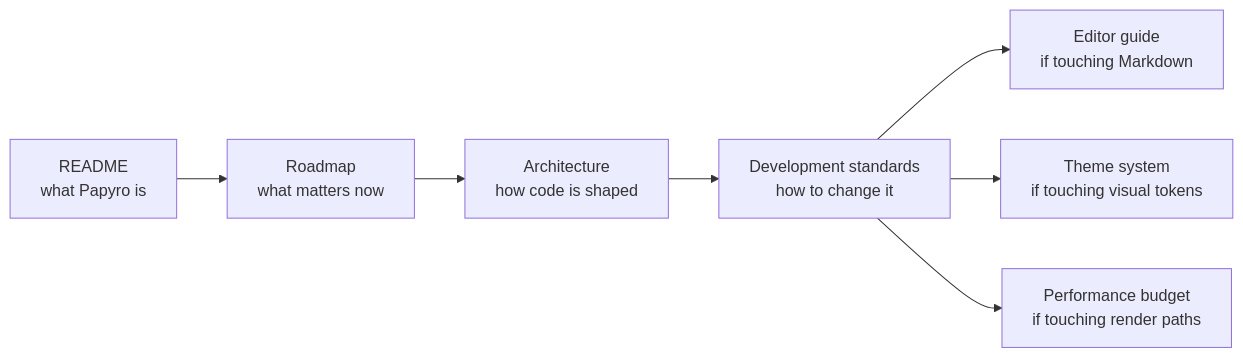
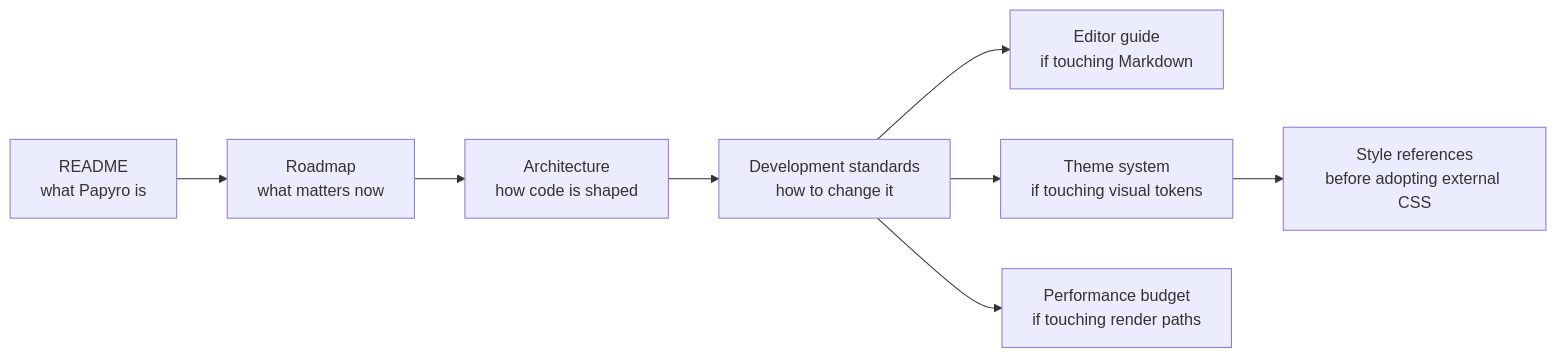
The diagram in docs/README.md (Youzi2233/papyro), drawn with Mermaid before and after one commit. The commit also changed other lines of this file and 7 other files, not shown here.

````diff
--- a/docs/README.md
+++ b/docs/README.md
@@ -21,15 +22,17 @@
 ```mermaid
 flowchart LR
     readme["README<br/>what Papyro is"]
     roadmap["Roadmap<br/>what matters now"]
     architecture["Architecture<br/>how code is shaped"]
     development["Development standards<br/>how to change it"]
     editor["Editor guide<br/>if touching Markdown"]
     themes["Theme system<br/>if touching visual tokens"]
+    references["Style references<br/>before adopting external CSS"]
     performance["Performance budget<br/>if touching render paths"]
 
     readme --> roadmap --> architecture --> development
     development --> editor
     development --> themes
+    themes --> references
     development --> performance
 ```
````
